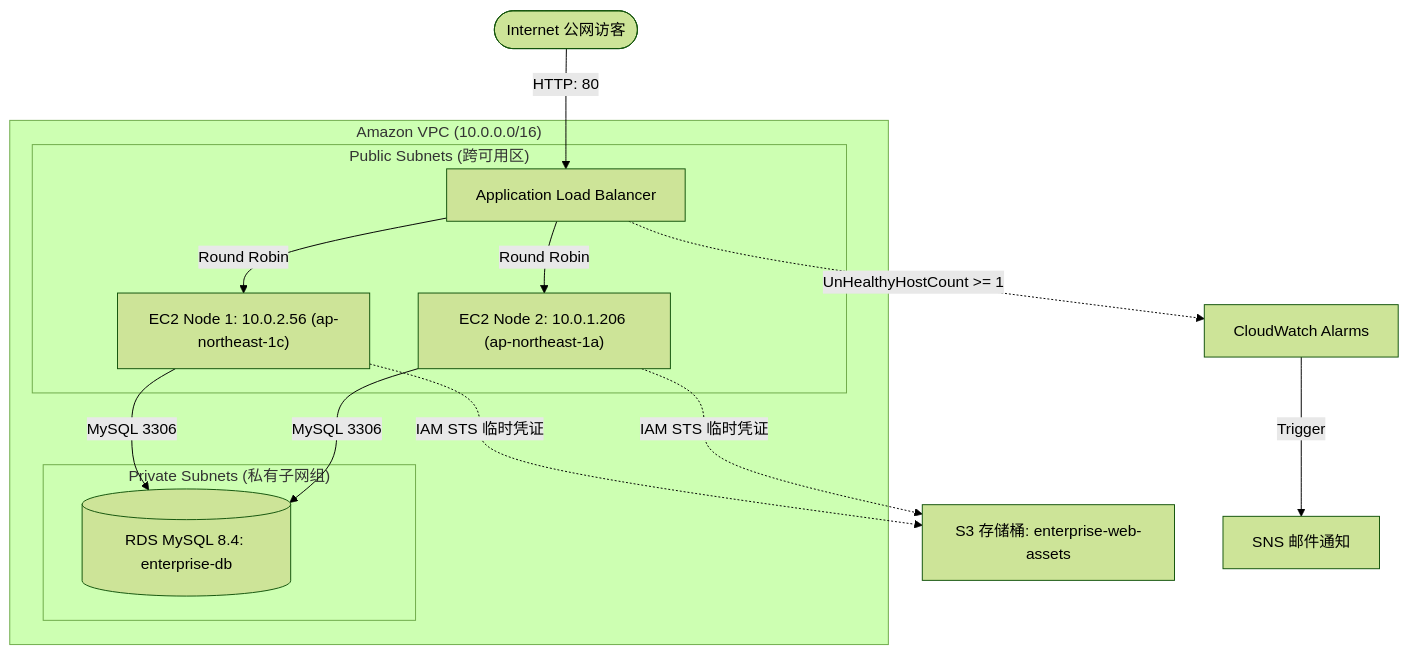
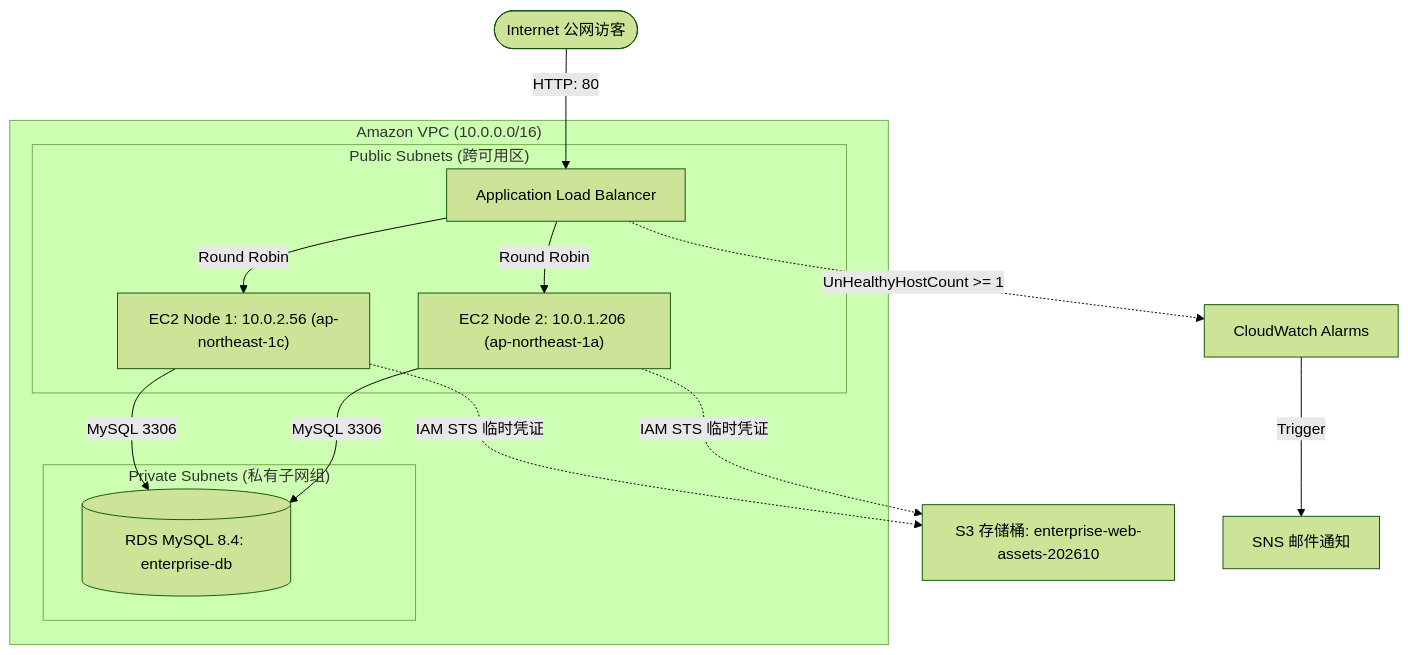
The diagram in README.md (wwqh06/aws-enterprise-migration), drawn with Mermaid (forest theme) before and after one commit. The commit also changed other lines of this file, not shown here.

````diff
--- a/README.md
+++ b/README.md
@@ -26,22 +28,22 @@
 ```mermaid
 graph TD
     Client(["Internet 公网访客"]) -->|HTTP: 80| ALB["Application Load Balancer"]
     
     subgraph VPC ["Amazon VPC (10.0.0.0/16)"]
         subgraph PublicSubnets ["Public Subnets (跨可用区)"]
             ALB -->|Round Robin| EC2_1["EC2 Node 1: 10.0.2.56 (ap-northeast-1c)"]
             ALB -->|Round Robin| EC2_2["EC2 Node 2: 10.0.1.206 (ap-northeast-1a)"]
         end
         
         subgraph PrivateSubnets ["Private Subnets (私有子网组)"]
             EC2_1 -->|MySQL 3306| RDS[("RDS MySQL 8.4: enterprise-db")]
             EC2_2 -->|MySQL 3306| RDS
         end
     end
 
-    EC2_1 -.->|IAM STS 临时凭证| S3["S3 存储桶: enterprise-web-assets"]
+    EC2_1 -.->|IAM STS 临时凭证| S3["S3 存储桶: enterprise-web-assets-202610"]
     EC2_2 -.->|IAM STS 临时凭证| S3
     
     ALB -.->|UnHealthyHostCount >= 1| CW["CloudWatch Alarms"] -->|Trigger| SNS["SNS 邮件通知"]
 
 ```
````
